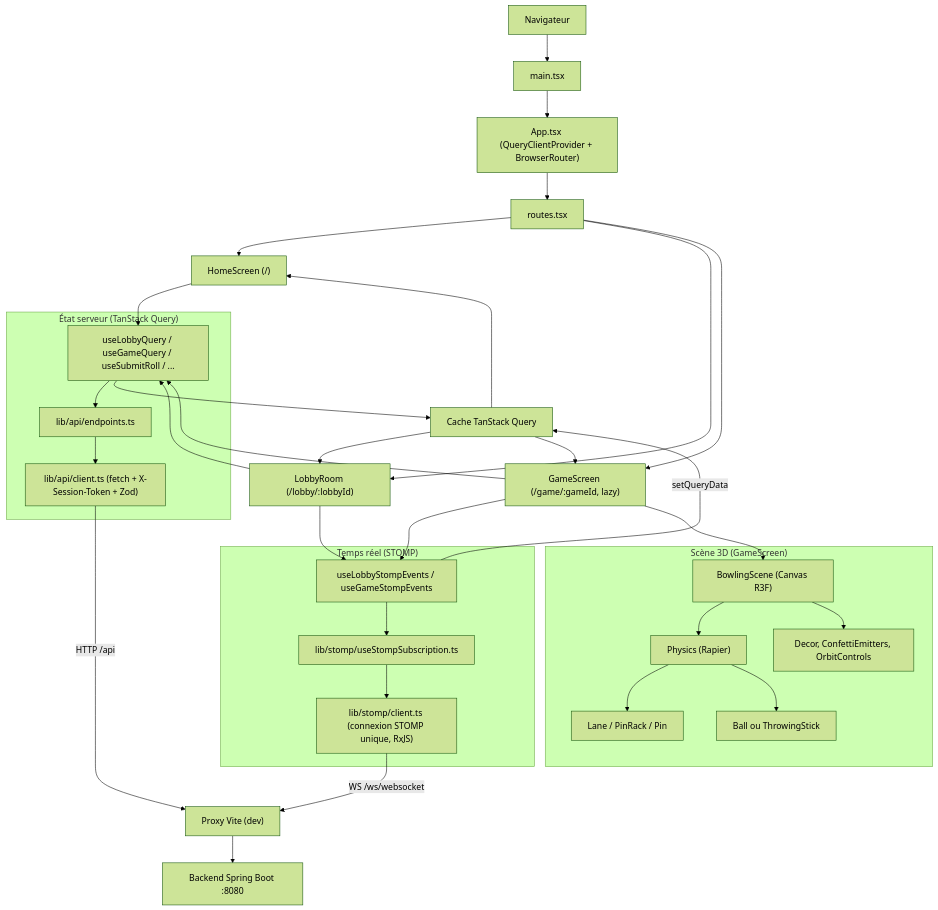
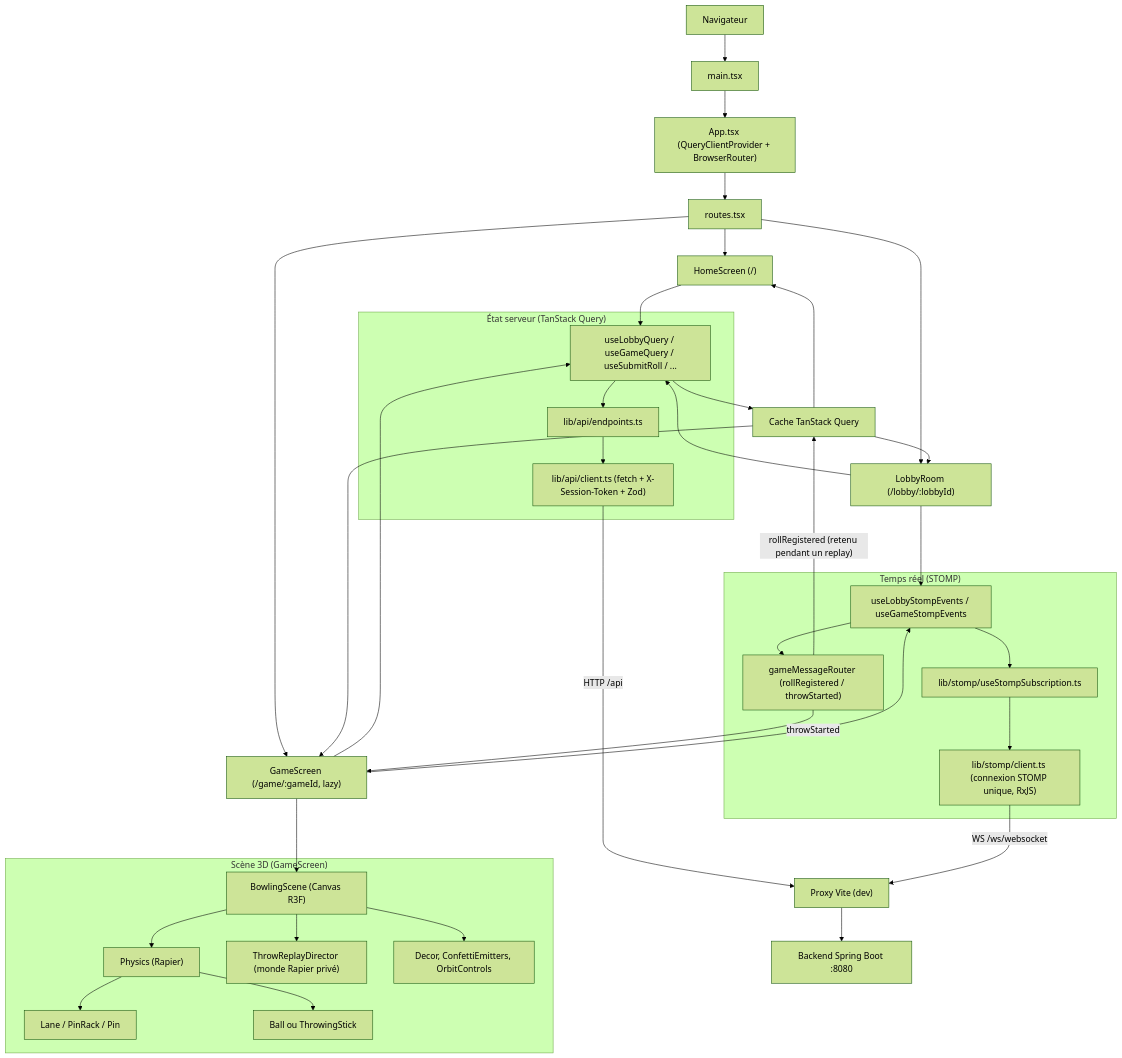
Before and after one commit to unoursmarin/SandBattle_ThrowFront: the first of 4 diagrams in README.md, drawn with Mermaid (forest theme). The commit also changed other lines of this file and 69 other files, not shown here.

Commit message:
multiplayer throw replay, stick grip handles, force small lane for stick

````diff
--- a/README.md
+++ b/README.md
@@ -68,55 +73,60 @@
 ```mermaid
 graph TD
     Browser["Navigateur"] --> Main["main.tsx"]
     Main --> App["App.tsx (QueryClientProvider + BrowserRouter)"]
     App --> Routes["routes.tsx"]
 
     Routes --> Home["HomeScreen (/)"]
     Routes --> Lobby["LobbyRoom (/lobby/:lobbyId)"]
     Routes --> Game["GameScreen (/game/:gameId, lazy)"]
 
     subgraph ServerState["État serveur (TanStack Query)"]
         Hooks["useLobbyQuery / useGameQuery / useSubmitRoll / ..."]
         Endpoints["lib/api/endpoints.ts"]
         Client["lib/api/client.ts (fetch + X-Session-Token + Zod)"]
         Hooks --> Endpoints --> Client
     end
 
     subgraph Realtime["Temps réel (STOMP)"]
         StompHooks["useLobbyStompEvents / useGameStompEvents"]
         StompSub["lib/stomp/useStompSubscription.ts"]
         StompClient["lib/stomp/client.ts (connexion STOMP unique, RxJS)"]
         StompHooks --> StompSub --> StompClient
+        Router["gameMessageRouter (rollRegistered / throwStarted)"]
+        StompHooks --> Router
     end
 
     Home --> Hooks
     Lobby --> Hooks
     Lobby --> StompHooks
     Game --> Hooks
     Game --> StompHooks
 
     Cache["Cache TanStack Query"]
     Hooks --> Cache
-    StompHooks -->|"setQueryData"| Cache
+    Router -->|"rollRegistered (retenu pendant un replay)"| Cache
+    Router -->|"throwStarted"| Game
     Cache --> Home
     Cache --> Lobby
     Cache --> Game
 
     subgraph Scene3D["Scène 3D (GameScreen)"]
         BowlingScene["BowlingScene (Canvas R3F)"]
         Physics["Physics (Rapier)"]
         Lane["Lane / PinRack / Pin"]
         Projectile["Ball ou ThrowingStick"]
+        Replay["ThrowReplayDirector (monde Rapier privé)"]
         Decor["Decor, ConfettiEmitters, OrbitControls"]
         BowlingScene --> Physics
         Physics --> Lane
         Physics --> Projectile
+        BowlingScene --> Replay
         BowlingScene --> Decor
     end
 
     Game --> BowlingScene
 
     Client -->|"HTTP /api"| Proxy["Proxy Vite (dev)"]
     StompClient -->|"WS /ws/websocket"| Proxy
     Proxy --> Backend["Backend Spring Boot :8080"]
 ```
````
